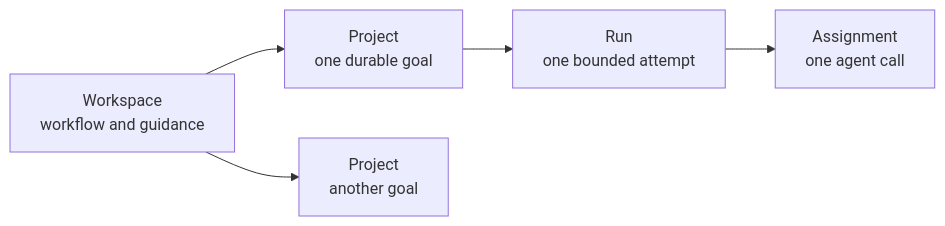
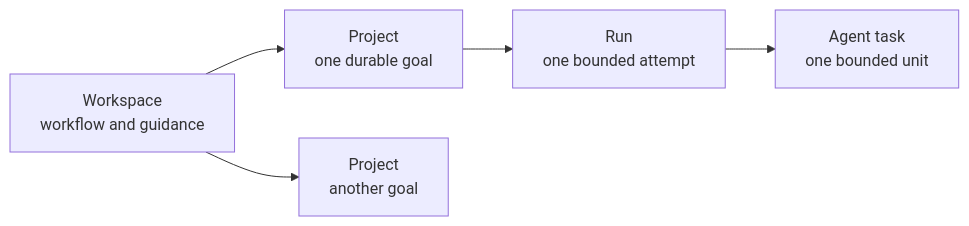
Before and after one commit to dryotta/open-knowledge-hub: the first of 6 diagrams in docs/superpowers/specs/2026-07-17-workspace-module-design.md, drawn with Mermaid. The commit also changed other lines of this file, not shown here.

First line of the commit message:
docs: align workspace task terminology

````diff
--- a/docs/superpowers/specs/2026-07-17-workspace-module-design.md
+++ b/docs/superpowers/specs/2026-07-17-workspace-module-design.md
@@ -14,13 +14,13 @@
 ```mermaid
 flowchart LR
     W[Workspace<br/>workflow and guidance]
     P1[Project<br/>one durable goal]
     P2[Project<br/>another goal]
     R[Run<br/>one bounded attempt]
-    A[Assignment<br/>one agent call]
+    A[Agent task<br/>one bounded unit]
 
     W --> P1
     W --> P2
     P1 --> R
     R --> A
 ```
````
